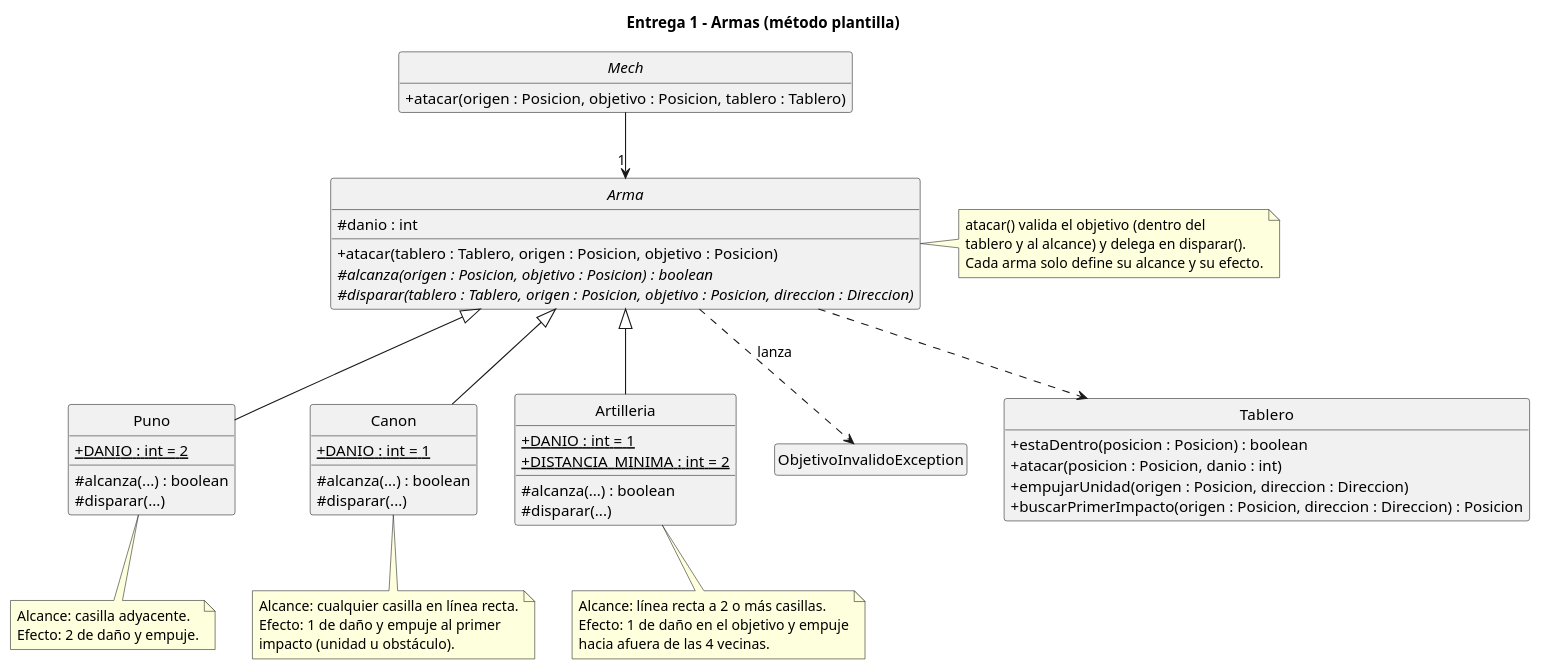
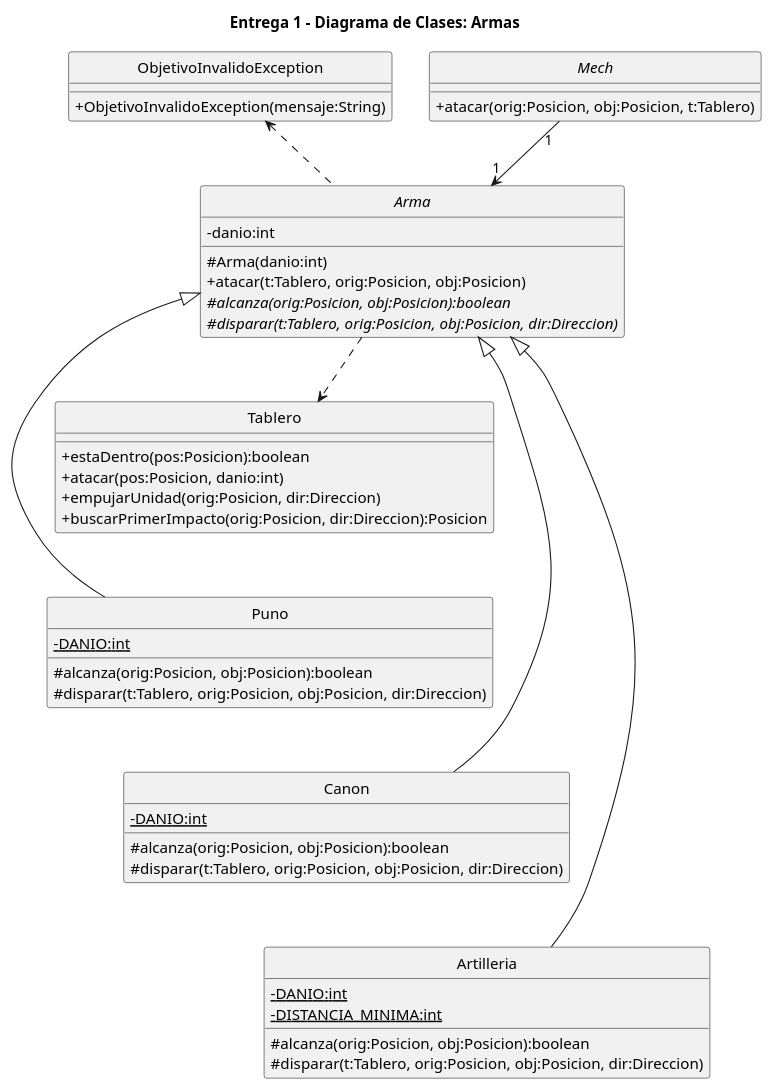
The diagram in Modelo1/Diagramas/clases_armas.puml (LautaroHidalgo/Into-the-Breach-TP), drawn with PlantUML before and after one commit.

Commit message:
Correccion de diagrama de clases_armas.

```diff
--- a/Modelo1/Diagramas/clases_armas.puml
+++ b/Modelo1/Diagramas/clases_armas.puml
@@ -1,74 +1,61 @@
 @startuml clases_armas
-title Entrega 1 - Armas (método plantilla)
+title Entrega 1 - Diagrama de Clases: Armas
 
 hide circle
-hide empty members
 skinparam classAttributeIconSize 0
+top to bottom direction
+
+abstract class Mech {
+  + atacar(orig:Posicion, obj:Posicion, t:Tablero)
+}
+
+class ObjetivoInvalidoException {
+  + ObjetivoInvalidoException(mensaje:String)
+}
 
 abstract class Arma {
-  # danio : int
-  + atacar(tablero : Tablero, origen : Posicion, objetivo : Posicion)
-  # {abstract} alcanza(origen : Posicion, objetivo : Posicion) : boolean
-  # {abstract} disparar(tablero : Tablero, origen : Posicion, objetivo : Posicion, direccion : Direccion)
+  - danio:int
+  # Arma(danio:int)
+  + atacar(t:Tablero, orig:Posicion, obj:Posicion)
+  # {abstract} alcanza(orig:Posicion, obj:Posicion):boolean
+  # {abstract} disparar(t:Tablero, orig:Posicion, obj:Posicion, dir:Direccion)
 }
 
 class Puno {
-  + {static} DANIO : int = 2
-  # alcanza(...) : boolean
-  # disparar(...)
+  - {static} DANIO:int
+  # alcanza(orig:Posicion, obj:Posicion):boolean
+  # disparar(t:Tablero, orig:Posicion, obj:Posicion, dir:Direccion)
 }
 
 class Canon {
-  + {static} DANIO : int = 1
-  # alcanza(...) : boolean
-  # disparar(...)
+  - {static} DANIO:int
+  # alcanza(orig:Posicion, obj:Posicion):boolean
+  # disparar(t:Tablero, orig:Posicion, obj:Posicion, dir:Direccion)
 }
 
 class Artilleria {
-  + {static} DANIO : int = 1
-  + {static} DISTANCIA_MINIMA : int = 2
-  # alcanza(...) : boolean
-  # disparar(...)
+  - {static} DANIO:int
+  - {static} DISTANCIA_MINIMA:int
+  # alcanza(orig:Posicion, obj:Posicion):boolean
+  # disparar(t:Tablero, orig:Posicion, obj:Posicion, dir:Direccion)
 }
 
-class ObjetivoInvalidoException
-
 class Tablero {
-  + estaDentro(posicion : Posicion) : boolean
-  + atacar(posicion : Posicion, danio : int)
-  + empujarUnidad(origen : Posicion, direccion : Direccion)
-  + buscarPrimerImpacto(origen : Posicion, direccion : Direccion) : Posicion
+  + estaDentro(pos:Posicion):boolean
+  + atacar(pos:Posicion, danio:int)
+  + empujarUnidad(orig:Posicion, dir:Direccion)
+  + buscarPrimerImpacto(orig:Posicion, dir:Direccion):Posicion
 }
 
-abstract class Mech {
-  + atacar(origen : Posicion, objetivo : Posicion, tablero : Tablero)
-}
+Mech "1" -down-> "1" Arma
+Arma .up.> ObjetivoInvalidoException
+Arma .down.> Tablero
 
-Arma <|-- Puno
-Arma <|-- Canon
-Arma <|-- Artilleria
-Mech --> "1" Arma
-Arma ..> Tablero
-Arma ..> ObjetivoInvalidoException : lanza
+Arma <|-down- Puno
+Arma <|-down- Canon
+Arma <|-down- Artilleria
 
-note right of Arma
-  atacar() valida el objetivo (dentro del
-  tablero y al alcance) y delega en disparar().
-  Cada arma solo define su alcance y su efecto.
-end note
-
-note bottom of Puno
-  Alcance: casilla adyacente.
-  Efecto: 2 de daño y empuje.
-end note
-note bottom of Canon
-  Alcance: cualquier casilla en línea recta.
-  Efecto: 1 de daño y empuje al primer
-  impacto (unidad u obstáculo).
-end note
-note bottom of Artilleria
-  Alcance: línea recta a 2 o más casillas.
-  Efecto: 1 de daño en el objetivo y empuje
-  hacia afuera de las 4 vecinas.
-end note
+Tablero -[hidden]down-> Puno
+Puno -[hidden]down-> Canon
+Canon -[hidden]down-> Artilleria
 @enduml
```
